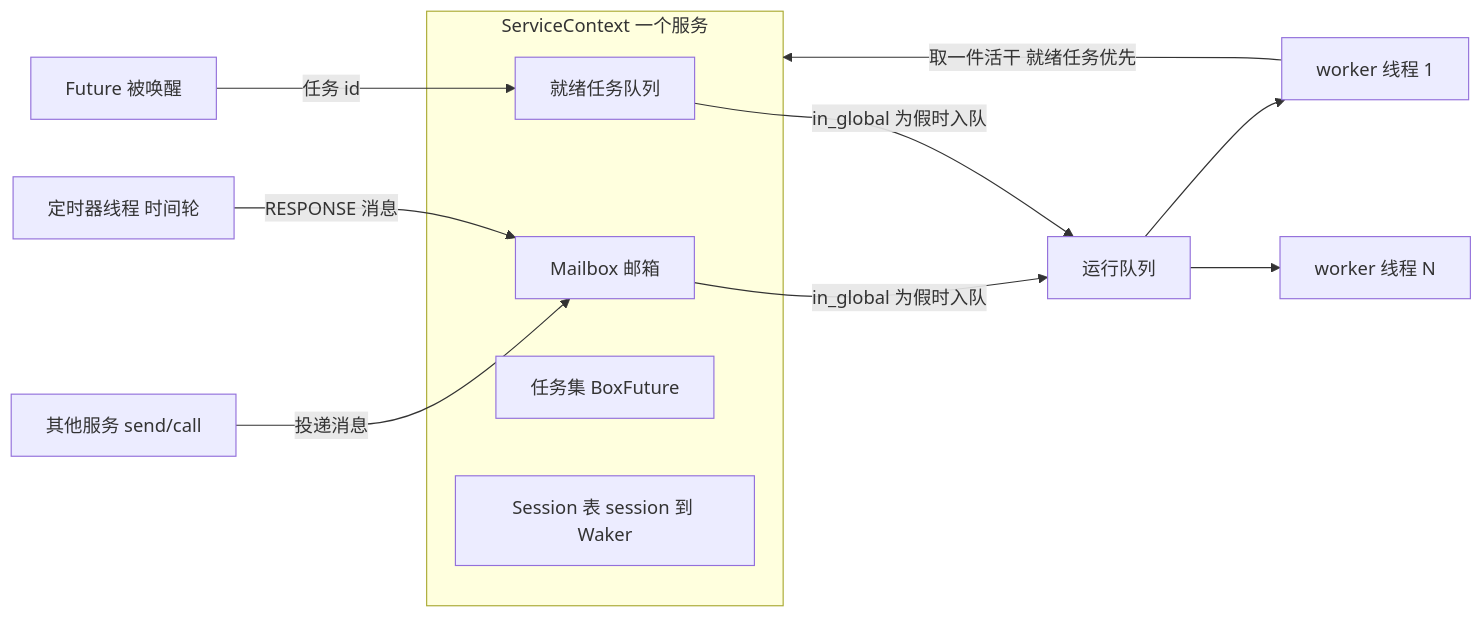
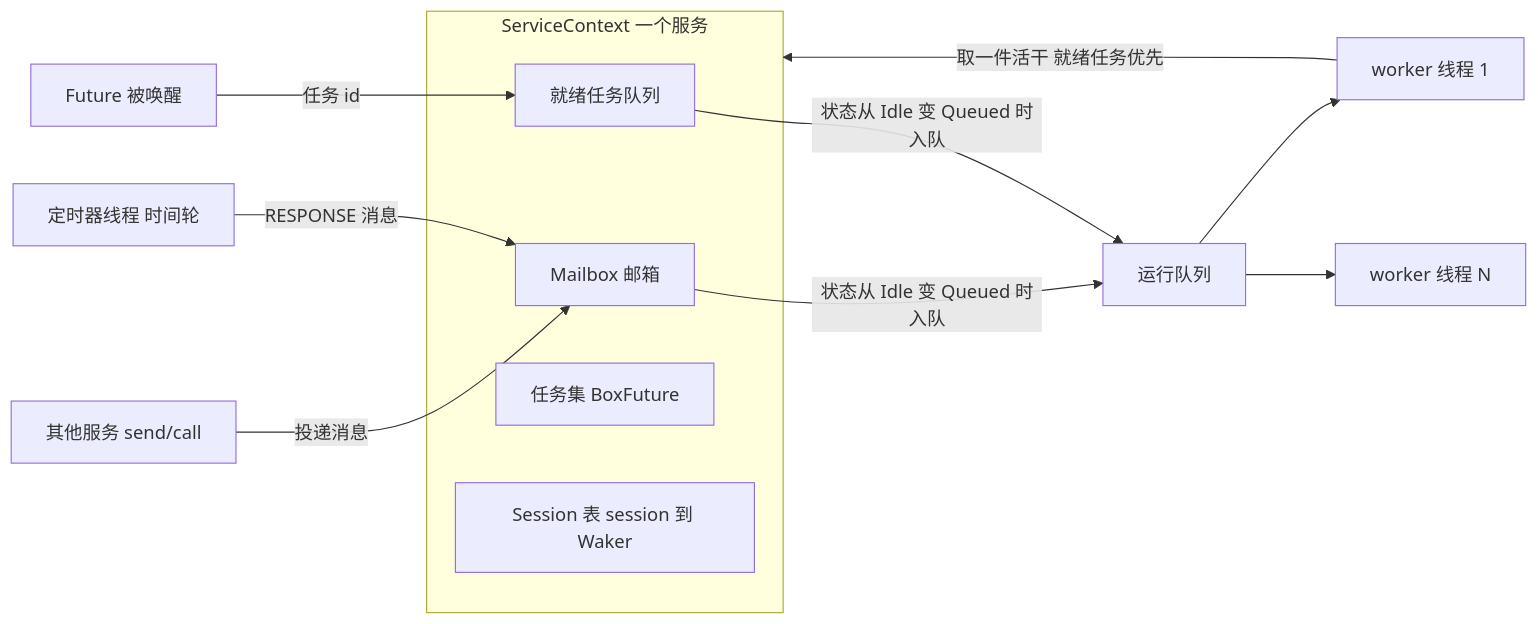
Before and after one commit to zhb1990/rskynet: the first of 3 diagrams in README.md, drawn with Mermaid. The commit also changed other lines of this file and 11 other files, not shown here.

Commit message:
消息路径无锁化：四态状态机邮箱、定向唤醒与可偷位图，空闲 worker 场景吞吐提升约 4 倍。

````diff
--- a/README.md
+++ b/README.md
@@ -24,17 +24,17 @@
 ```mermaid
 flowchart LR
     subgraph svc [ServiceContext 一个服务]
         MB[Mailbox 邮箱]
         RQ[就绪任务队列]
         TS[任务集 BoxFuture]
         SS["Session 表 session 到 Waker"]
     end
     Sender[其他服务 send/call] -->|投递消息| MB
     TimerThread[定时器线程 时间轮] -->|RESPONSE 消息| MB
     Waker[Future 被唤醒] -->|任务 id| RQ
-    MB -->|in_global 为假时入队| GQ[运行队列]
-    RQ -->|in_global 为假时入队| GQ
+    MB -->|状态从 Idle 变 Queued 时入队| GQ[运行队列]
+    RQ -->|状态从 Idle 变 Queued 时入队| GQ
     GQ --> W1[worker 线程 1]
     GQ --> WN[worker 线程 N]
     W1 -->|取一件活干 就绪任务优先| svc
 ```
````
